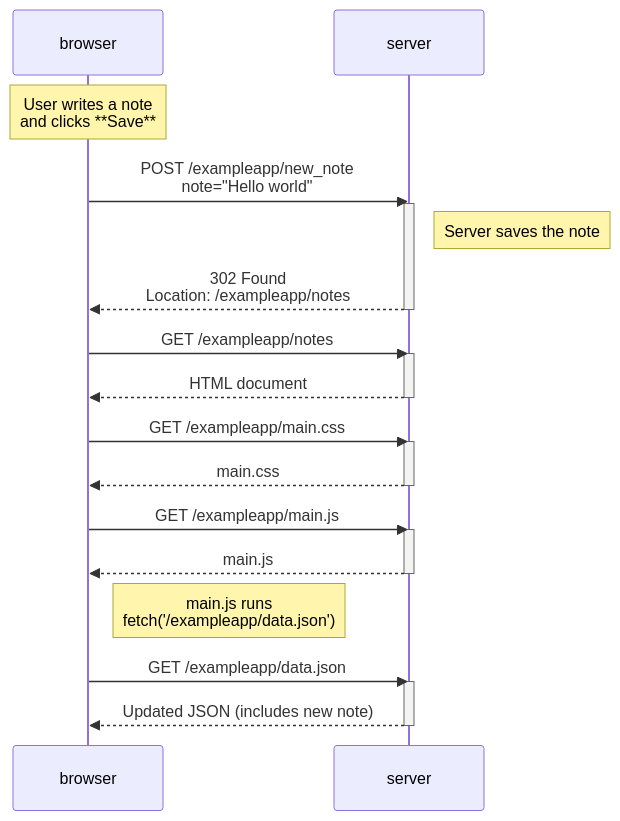
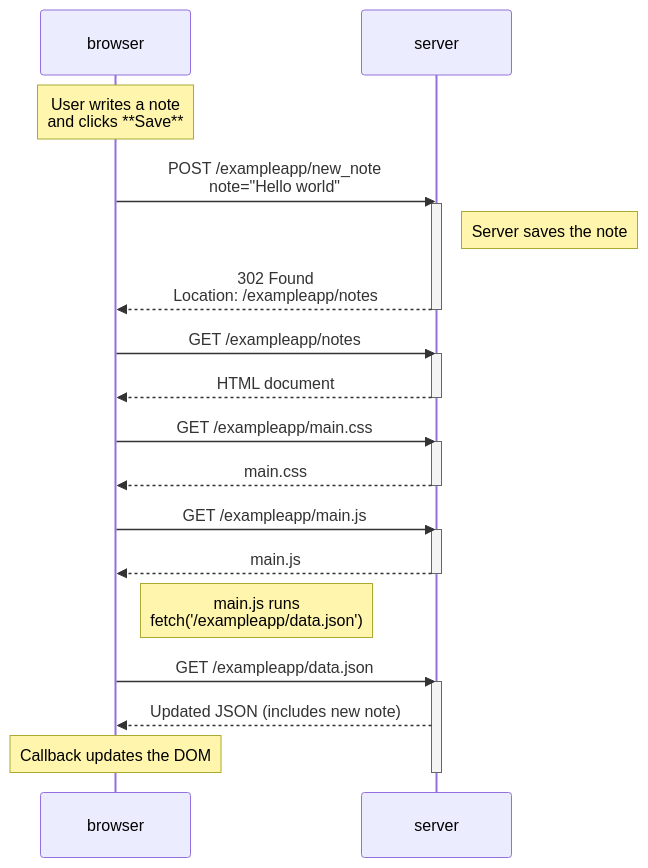
Before and after one commit to shermszz/FullStackOpen: the diagram in ex0.4_diagrams.md, drawn with Mermaid. The commit also changed 1 other file, not shown here.

Commit message:
minor changes

````diff
--- a/ex0.4_diagrams.md
+++ b/ex0.4_diagrams.md
@@ -1,39 +1,40 @@
 ```mermaid
 sequenceDiagram
     participant browser
     participant server
 
     %% USER ACTION
     Note over browser: User writes a note<br/>and clicks **Save**
 
     %% 1 - FORM SUBMISSION
     browser->>server: POST /exampleapp/new_note<br/>note="Hello world"
     activate server
     Note right of server: Server saves the note
     server-->>browser: 302 Found<br/>Location: /exampleapp/notes
     deactivate server
 
     %% 2 - REDIRECT: NEW PAGE LOAD
     browser->>server: GET /exampleapp/notes
     activate server
     server-->>browser: HTML document
     deactivate server
 
     %% 3 - STATIC ASSETS
     browser->>server: GET /exampleapp/main.css
     activate server
     server-->>browser: main.css
     deactivate server
 
     browser->>server: GET /exampleapp/main.js
     activate server
     server-->>browser: main.js
     deactivate server
 
     %% 4 - JS FETCHES DATA
     Note right of browser: main.js runs<br/>fetch('/exampleapp/data.json')
     browser->>server: GET /exampleapp/data.json
     activate server
     server-->>browser: Updated JSON (includes new note)
+    Note over browser: Callback updates the DOM
     deactivate server
 ```
````
